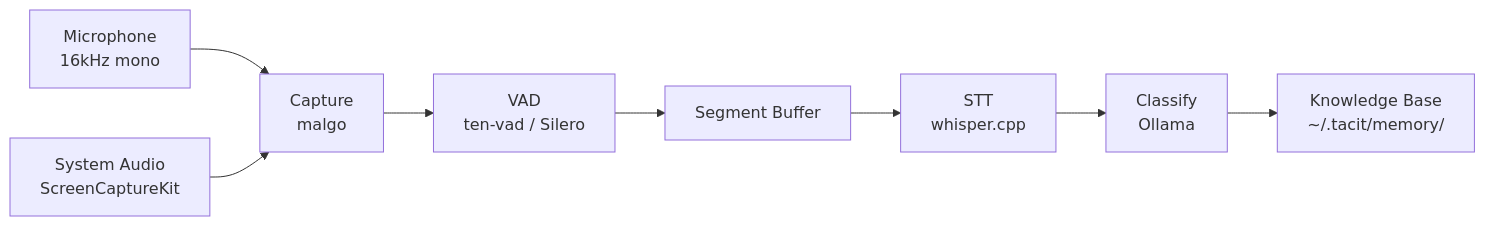
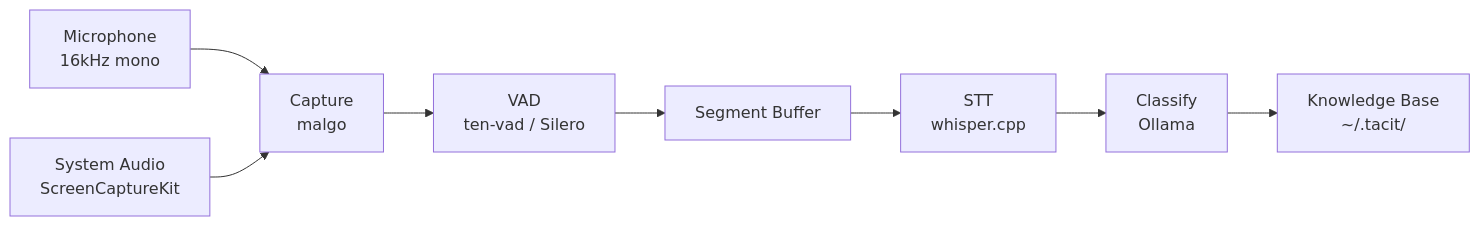
The diagram in README.md (sangmin7648/tacit), drawn with Mermaid before and after one commit. The commit also changed other lines of this file and 12 other files, not shown here.

````diff
--- a/README.md
+++ b/README.md
@@ -87,10 +127,10 @@
 ```mermaid
 graph LR
     MIC[Microphone\n16kHz mono] --> CAP[Capture\nmalgo]
     SYS[System Audio\nScreenCaptureKit] --> CAP
     CAP --> VAD[VAD\nten-vad / Silero]
     VAD --> BUF[Segment Buffer]
     BUF --> STT[STT\nwhisper.cpp]
     STT --> CLS[Classify\nOllama]
-    CLS --> KB[Knowledge Base\n~/.tacit/memory/]
+    CLS --> KB[Knowledge Base\n~/.tacit/]
 ```
````
